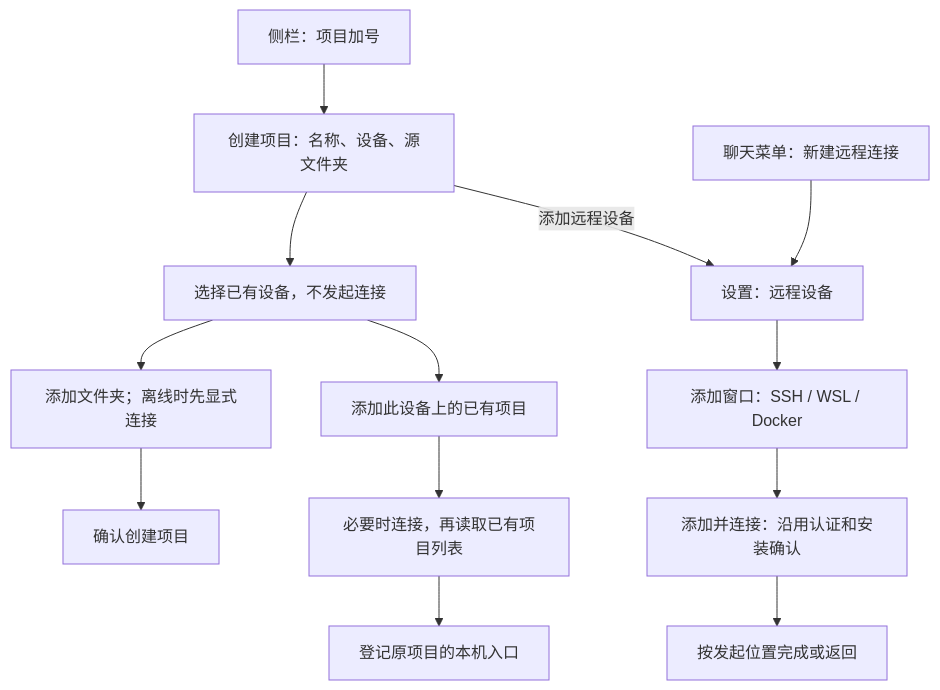
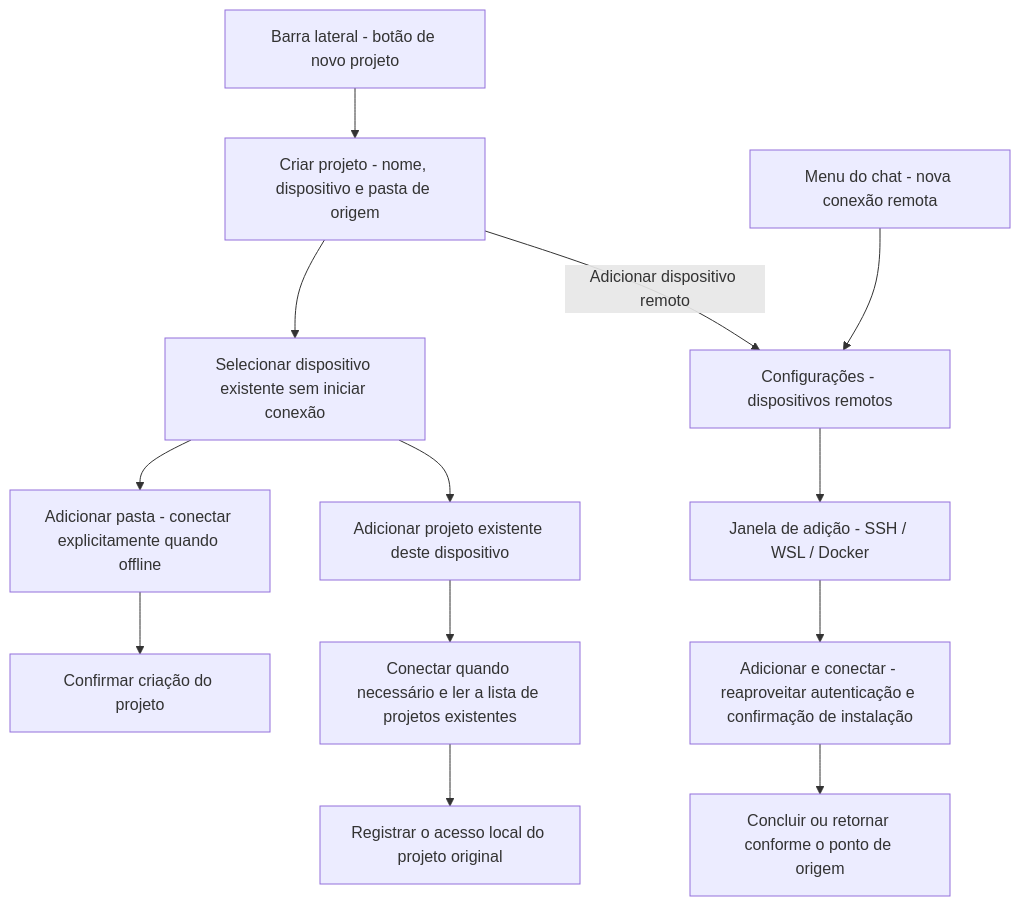
One commit to JoaoNetoDev/BR-Code changed the diagram in docs/issues/remote-connection-ux/15-project-device-selection-and-connection-management.md. Above: the diagram before and after it, drawn with Mermaid. The commit also changed other lines of this file and 177 other files, not shown here.

````diff
--- a/docs/issues/remote-connection-ux/15-project-device-selection-and-connection-management.md
+++ b/docs/issues/remote-connection-ux/15-project-device-selection-and-connection-management.md
@@ -29,15 +29,15 @@
 ```mermaid
 flowchart TD
-    P[侧栏：项目加号] --> F[创建项目：名称、设备、源文件夹]
-    F --> S[选择已有设备，不发起连接]
-    S --> D[添加文件夹；离线时先显式连接]
-    D --> C[确认创建项目]
-    S --> E[添加此设备上的已有项目]
-    E --> L[必要时连接，再读取已有项目列表]
-    L --> A[登记原项目的本机入口]
-    F -- 添加远程设备 --> M[设置：远程设备]
-    H[聊天菜单：新建远程连接] --> M
-    M --> N[添加窗口：SSH / WSL / Docker]
-    N --> R[添加并连接：沿用认证和安装确认]
-    R --> O[按发起位置完成或返回]
+    P[Barra lateral - botão de novo projeto] --> F[Criar projeto - nome, dispositivo e pasta de origem]
+    F --> S[Selecionar dispositivo existente sem iniciar conexão]
+    S --> D[Adicionar pasta - conectar explicitamente quando offline]
+    D --> C[Confirmar criação do projeto]
+    S --> E[Adicionar projeto existente deste dispositivo]
+    E --> L[Conectar quando necessário e ler a lista de projetos existentes]
+    L --> A[Registrar o acesso local do projeto original]
+    F -- Adicionar dispositivo remoto --> M[Configurações - dispositivos remotos]
+    H[Menu do chat - nova conexão remota] --> M
+    M --> N[Janela de adição - SSH / WSL / Docker]
+    N --> R[Adicionar e conectar - reaproveitar autenticação e confirmação de instalação]
+    R --> O[Concluir ou retornar conforme o ponto de origem]
 ```
````
